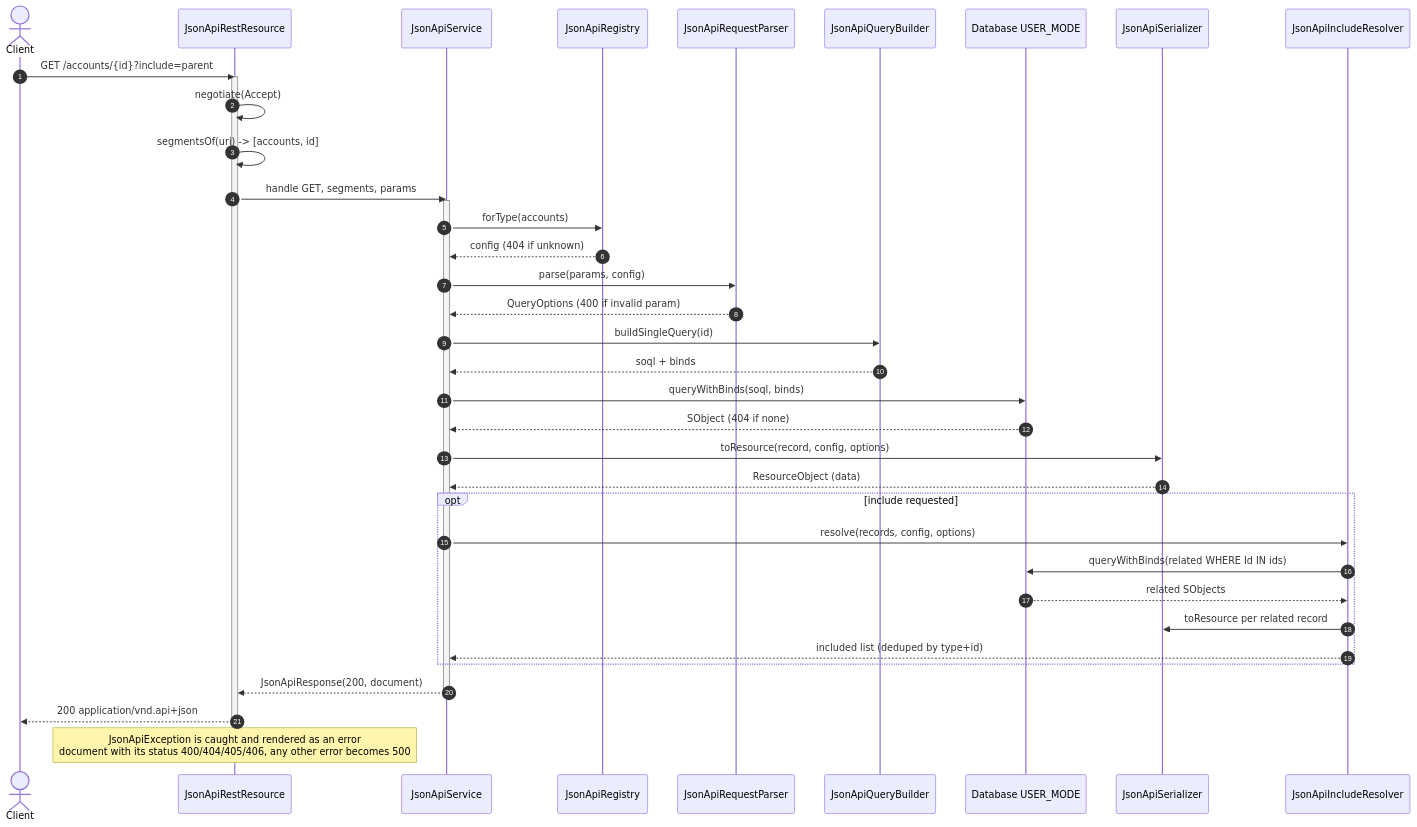
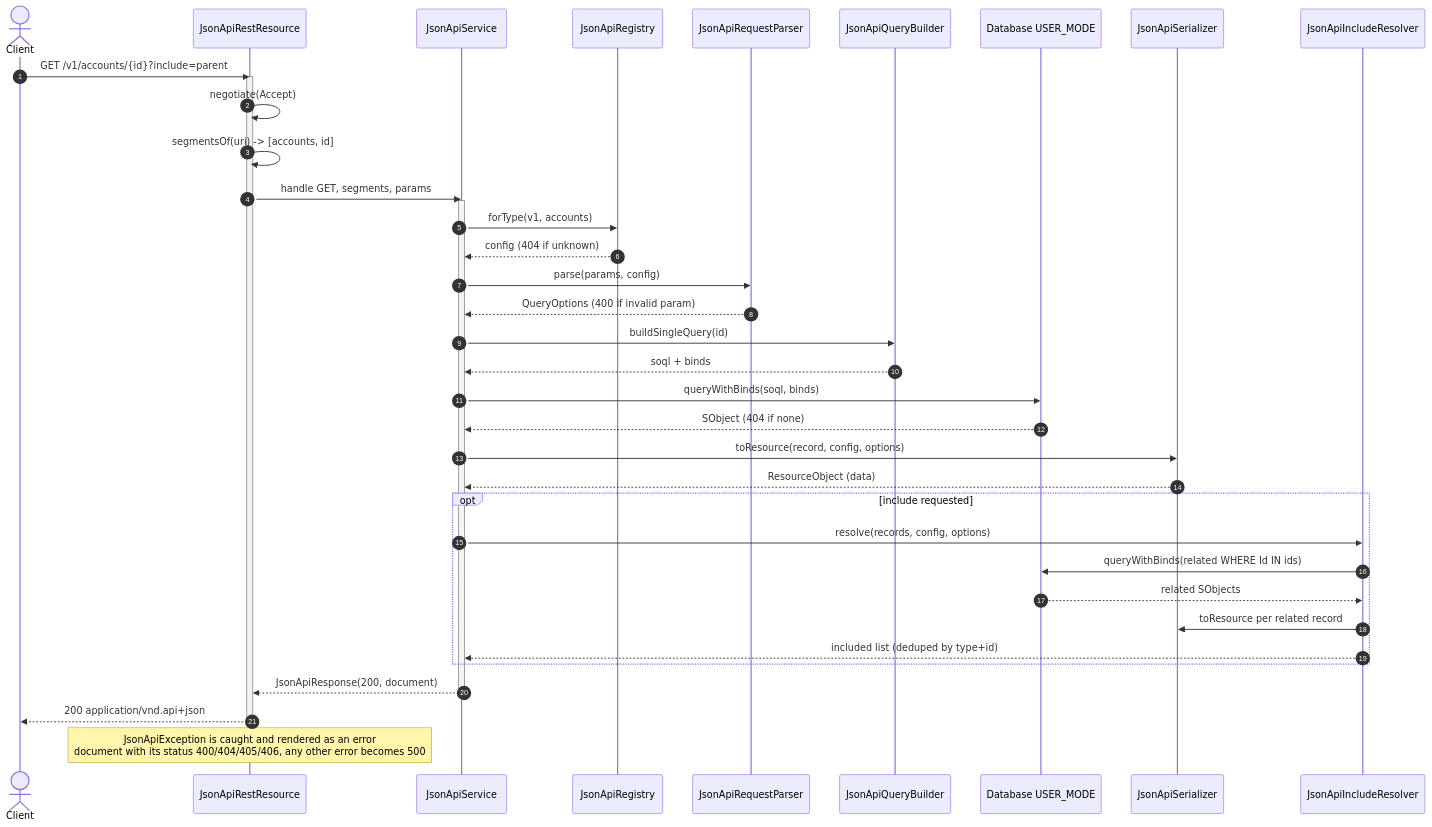
One commit to dhuriprashant/json-api changed the diagram in docs/TECHNICAL.md. Above: the diagram before and after it, drawn with Mermaid. The commit also changed other lines of this file and 22 other files, not shown here.

````diff
--- a/docs/TECHNICAL.md
+++ b/docs/TECHNICAL.md
@@ -107,47 +108,47 @@
 ```mermaid
 sequenceDiagram
     autonumber
     actor Client
     participant REST as JsonApiRestResource
     participant Svc as JsonApiService
     participant Reg as JsonApiRegistry
     participant Parser as JsonApiRequestParser
     participant Builder as JsonApiQueryBuilder
     participant DB as Database USER_MODE
     participant Ser as JsonApiSerializer
     participant Inc as JsonApiIncludeResolver
 
-    Client->>REST: GET /accounts/{id}?include=parent
+    Client->>REST: GET /v1/accounts/{id}?include=parent
     activate REST
     REST->>REST: negotiate(Accept)
     REST->>REST: segmentsOf(uri) -> [accounts, id]
     REST->>Svc: handle GET, segments, params
     activate Svc
 
-    Svc->>Reg: forType(accounts)
+    Svc->>Reg: forType(v1, accounts)
     Reg-->>Svc: config (404 if unknown)
     Svc->>Parser: parse(params, config)
     Parser-->>Svc: QueryOptions (400 if invalid param)
 
     Svc->>Builder: buildSingleQuery(id)
     Builder-->>Svc: soql + binds
     Svc->>DB: queryWithBinds(soql, binds)
     DB-->>Svc: SObject (404 if none)
     Svc->>Ser: toResource(record, config, options)
     Ser-->>Svc: ResourceObject (data)
 
     opt include requested
         Svc->>Inc: resolve(records, config, options)
         Inc->>DB: queryWithBinds(related WHERE Id IN ids)
         DB-->>Inc: related SObjects
         Inc->>Ser: toResource per related record
         Inc-->>Svc: included list (deduped by type+id)
     end
 
     Svc-->>REST: JsonApiResponse(200, document)
     deactivate Svc
     REST-->>Client: 200 application/vnd.api+json
     deactivate REST
 
     Note over REST: JsonApiException is caught and rendered as an error<br/>document with its status 400/404/405/406, any other error becomes 500
 ```
````
